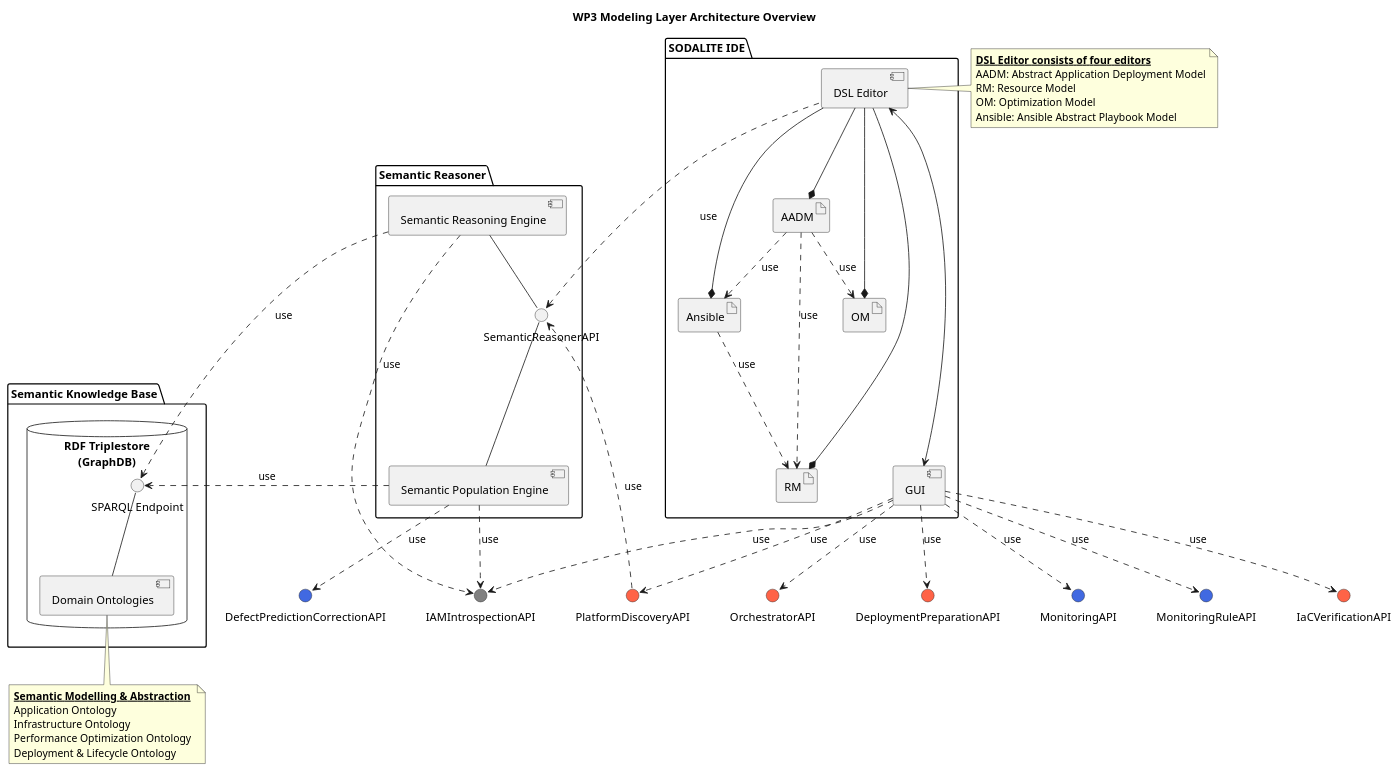
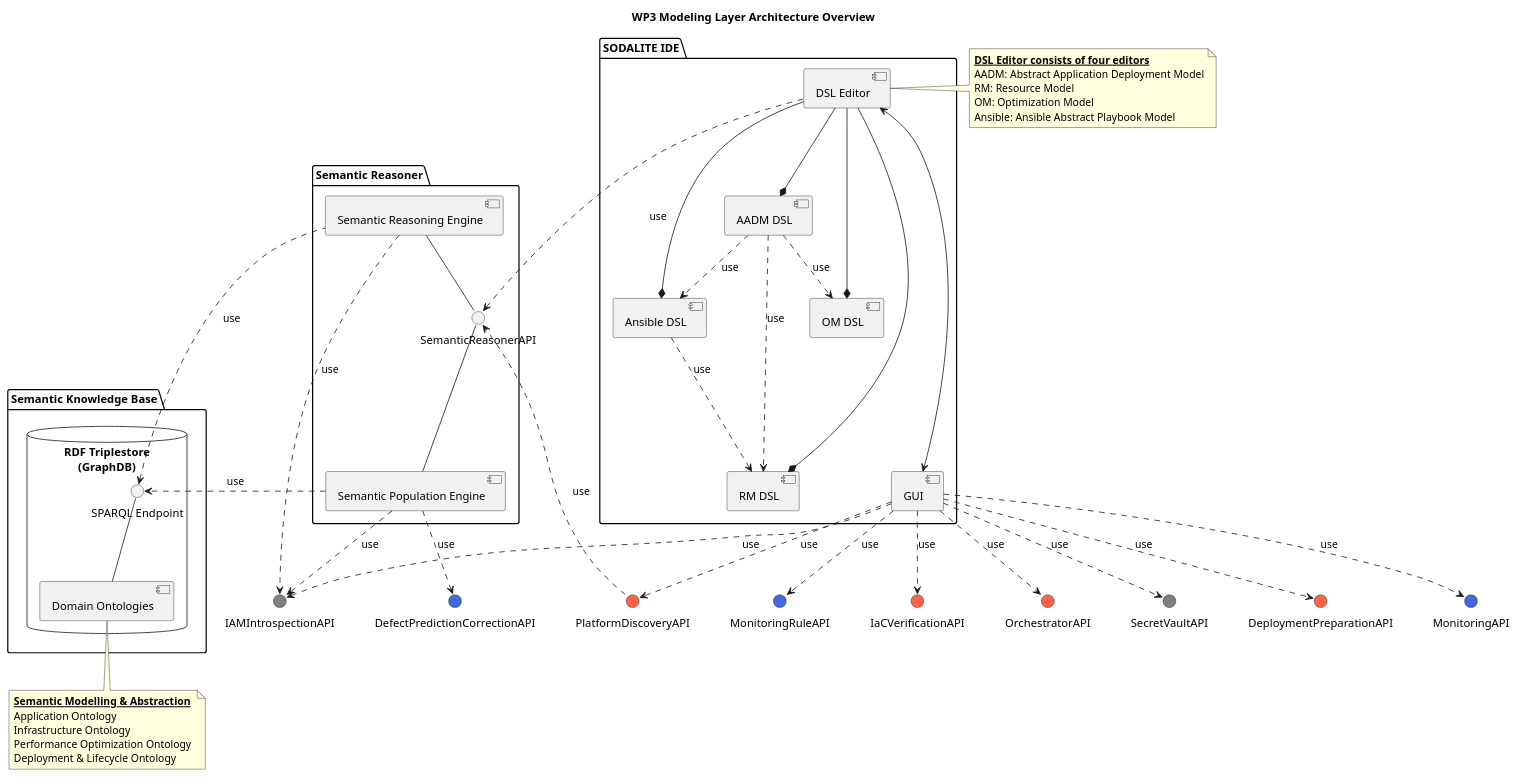
Before and after one commit to SODALITE-EU/project-wide-documentation: the diagram in uml/component-diagrams/CD-WP3-ArchitectureOverview.puml, drawn with PlantUML.

Commit message:
Update apis and editors

```diff
--- a/uml/component-diagrams/CD-WP3-ArchitectureOverview.puml
+++ b/uml/component-diagrams/CD-WP3-ArchitectureOverview.puml
@@ -1,81 +1,84 @@
 @startuml
 
 title WP3 Modeling Layer Architecture Overview
 
-interface "IAMIntrospectionAPI" as AAUAPI #808080	
+interface "IAMIntrospectionAPI" as AAUAPI #808080
+interface "SecretVaultAPI" as SecretVaultAPI #808080
 interface "DeploymentPreparationAPI" as deploymentPreparationAPI #FF6347
 interface "DefectPredictionCorrectionAPI" as correctionAPI #4169E1
 interface "MonitoringAPI" as monitoringAPI #4169E1
 interface "MonitoringRuleAPI" as monitoringRuleAPI #4169E1
 interface "IaCVerificationAPI" as iacverificationAPI #FF6347
 interface "OrchestratorAPI" as orchestratorAPI #FF6347
 interface "PlatformDiscoveryAPI" as PDS #FF6347
 
 package "SODALITE IDE" as IDE {
     component [DSL Editor] as ideDSLeditor
-    artifact AADM
-    artifact RM
-    artifact OM
-    artifact Ansible
+    component [AADM DSL] as AADM
+    component [RM DSL] as RM
+    component [OM DSL] as OM
+    component [Ansible DSL] as Ansible
+
     ideDSLeditor --* AADM
     ideDSLeditor --* RM
     ideDSLeditor --* OM
     ideDSLeditor --* Ansible
     AADM ..> Ansible: use
     AADM ..> RM: use
     AADM ..> OM: use
     Ansible ..> RM :use
     component [GUI] as ideGUI
 }
 
 note right of ideDSLeditor
    __**DSL Editor consists of four editors**__ 
    AADM: Abstract Application Deployment Model
    RM: Resource Model
    OM: Optimization Model
    Ansible: Ansible Abstract Playbook Model
 end note
 
 
 package "Semantic Reasoner" as res {
     interface "SemanticReasonerAPI" as resAPI
     component [Semantic Population Engine] as resPopulationEngine
     component [Semantic Reasoning Engine] as resReasoningEngine
 }
 
 package "Semantic Knowledge Base" as repo {
     database "RDF Triplestore\n(GraphDB)" as triplestore {
         interface "SPARQL Endpoint" as repoEndpoint
         component [Domain Ontologies] as repoOntologies
     }
 }
 
 note bottom of repoOntologies
    __**Semantic Modelling & Abstraction**__ 
    Application Ontology
    Infrastructure Ontology
    Performance Optimization Ontology
    Deployment & Lifecycle Ontology
 end note
 
 ideGUI ..> PDS : use
 PDS ..> resAPI : use
 resAPI -down- resPopulationEngine
 resAPI -up- resReasoningEngine
 ideDSLeditor .left..> resAPI: use
 ideDSLeditor <-down---> ideGUI 
 repoOntologies -up- repoEndpoint
 resPopulationEngine .right.> repoEndpoint: use
 resReasoningEngine .left.> repoEndpoint: use
 resReasoningEngine ..> AAUAPI: use
 resPopulationEngine ..> correctionAPI: use
 resPopulationEngine ..> AAUAPI: use
 ideGUI ..> deploymentPreparationAPI : use
 ideGUI ..> monitoringAPI : use
 ideGUI ..> monitoringRuleAPI : use
 ideGUI ..> iacverificationAPI : use
+ideGUI ..> SecretVaultAPI : use
 ideGUI ..> orchestratorAPI : use
 ideGUI ..> AAUAPI: use
 
 
 @enduml
```
